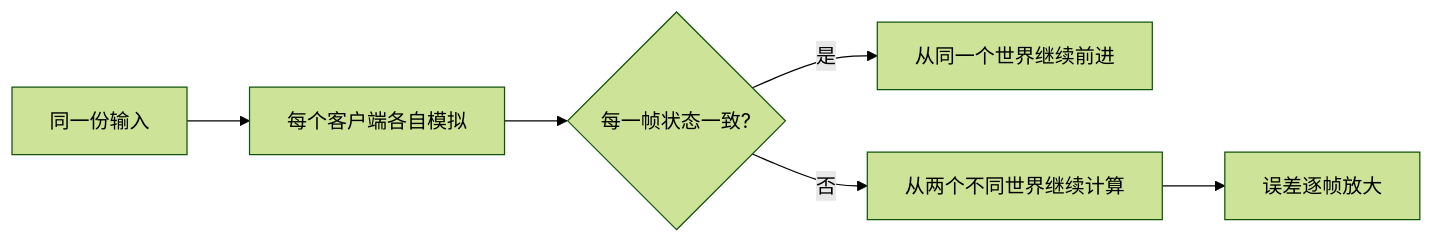
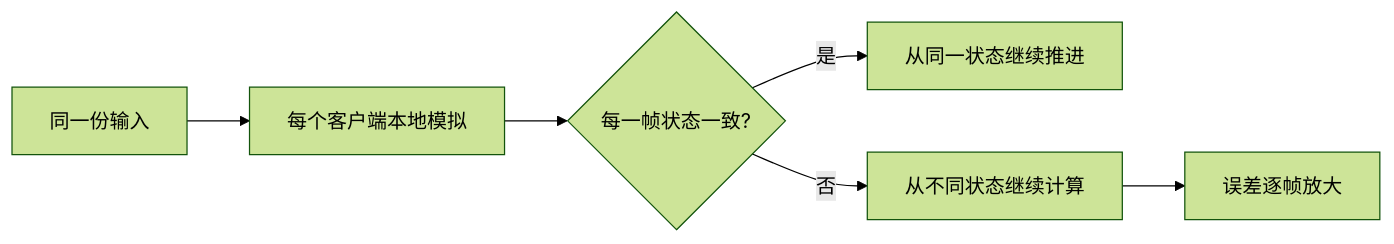
One commit to boomlulu/knowledge-share changed the first of 5 diagrams in 帧同步技术分享/slidev/slides.md. Above: the diagram before and after it, drawn with Mermaid (forest theme). The commit also changed other lines of this file and 8 other files, not shown here.

````diff
--- a/帧同步技术分享/slidev/slides.md
+++ b/帧同步技术分享/slidev/slides.md
@@ -302,8 +368,8 @@
 ```mermaid
 flowchart LR
-  A["同一份输入"] --> B["每个客户端各自模拟"]
+  A["同一份输入"] --> B["每个客户端本地模拟"]
   B --> C{"每一帧状态一致?"}
-  C -->|是| D["从同一个世界继续前进"]
-  C -->|否| E["从两个不同世界继续计算"]
+  C -->|是| D["从同一状态继续推进"]
+  C -->|否| E["从不同状态继续计算"]
   E --> F["误差逐帧放大"]
 ```
````
